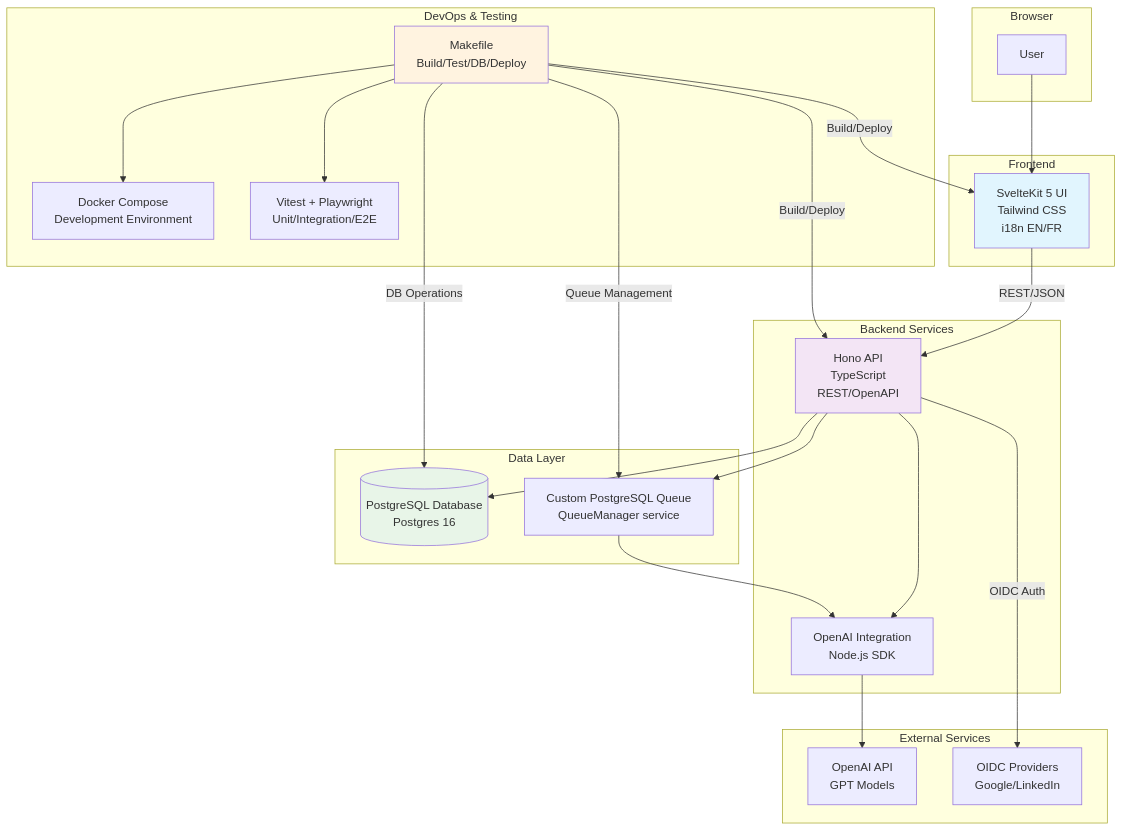
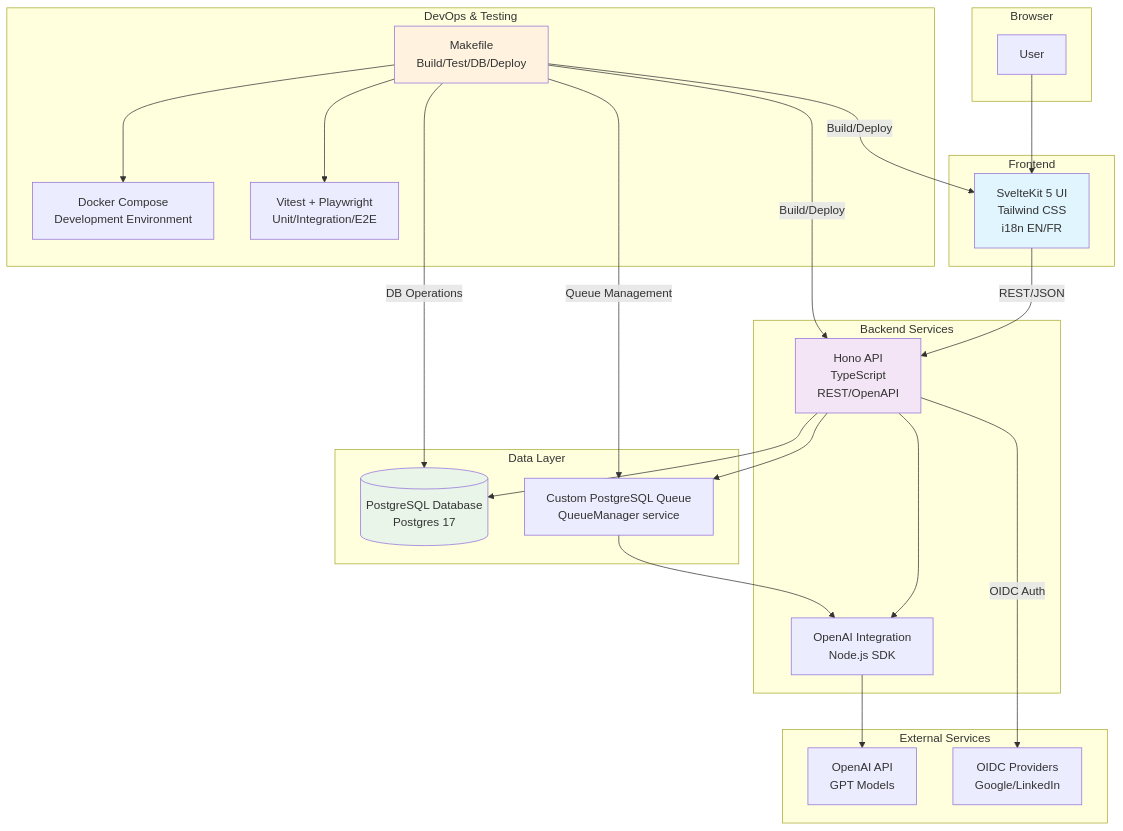
The diagram in .cursor/rules/architecture.mdc (rhanka/sentropic), drawn with Mermaid before and after one commit. The commit also changed other lines of this file and 13 other files, not shown here.

````diff
--- a/.cursor/rules/architecture.mdc
+++ b/.cursor/rules/architecture.mdc
@@ -21,52 +21,52 @@
 ```mermaid
 flowchart TB
     subgraph "Browser"
         User[User]
     end
     
     subgraph "Frontend"
         UI["SvelteKit 5 UI<br/>Tailwind CSS<br/>i18n EN/FR"]
     end
     
     subgraph "Backend Services"
         API["Hono API<br/>TypeScript<br/>REST/OpenAPI"]
         AI["OpenAI Integration<br/>Node.js SDK"]
     end
     
     subgraph "Data Layer"
-        DB[("PostgreSQL Database<br/>Postgres 16")]
+    DB[("PostgreSQL Database<br/>Postgres 17")]
         Queue["Custom PostgreSQL Queue<br/>QueueManager service"]
     end
     
     subgraph "External Services"
         OpenAI["OpenAI API<br/>GPT Models"]
         OIDC["OIDC Providers<br/>Google/LinkedIn"]
     end
     
     subgraph "DevOps & Testing"
         Docker["Docker Compose<br/>Development Environment"]
         Make["Makefile<br/>Build/Test/DB/Deploy"]
         Tests["Vitest + Playwright<br/>Unit/Integration/E2E"]
     end
     
     User --> UI
     UI -->|REST/JSON| API
     API --> AI
     AI --> OpenAI
     API --> DB
     API --> Queue
     Queue --> AI
     API -->|OIDC Auth| OIDC
     
     Make --> Docker
     Make --> Tests
     Make -->|DB Operations| DB
     Make -->|Queue Management| Queue
     Make -->|Build/Deploy| UI
     Make -->|Build/Deploy| API
     
     style UI fill:#e1f5fe
     style API fill:#f3e5f5
     style DB fill:#e8f5e8
     style Make fill:#fff3e0
 ```
````
